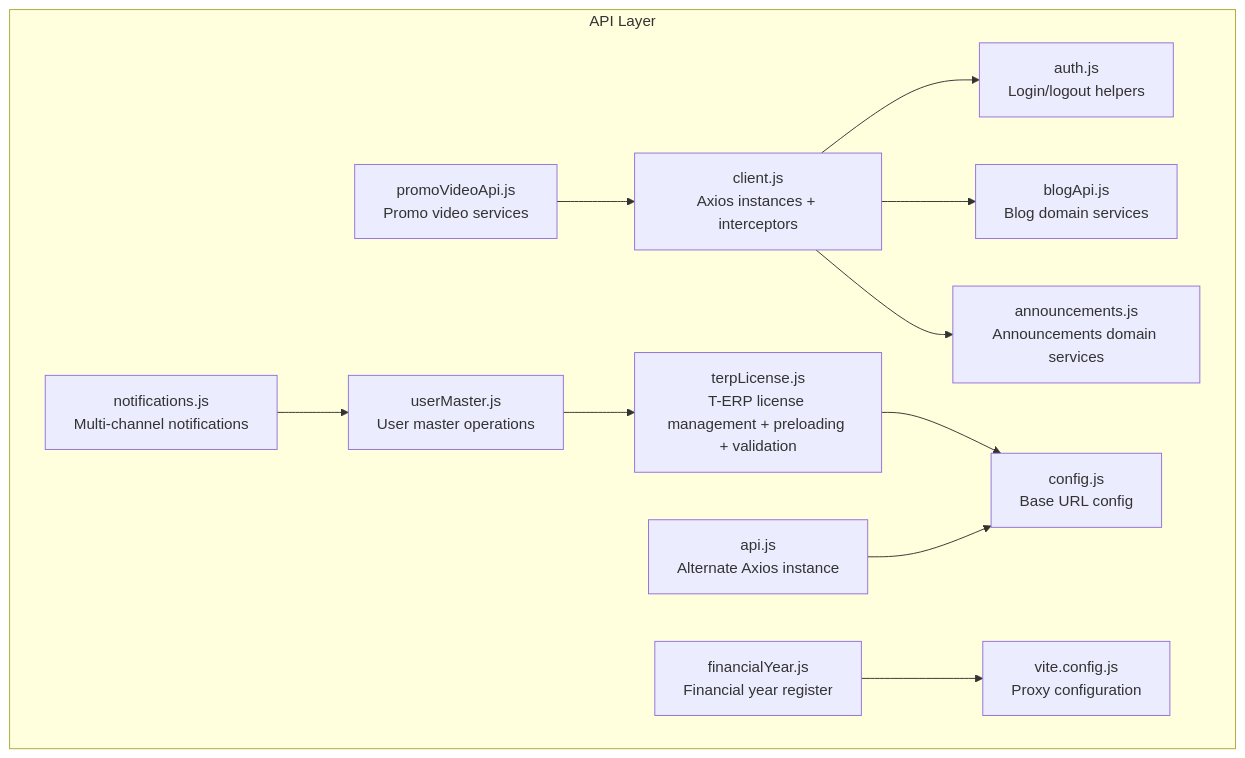
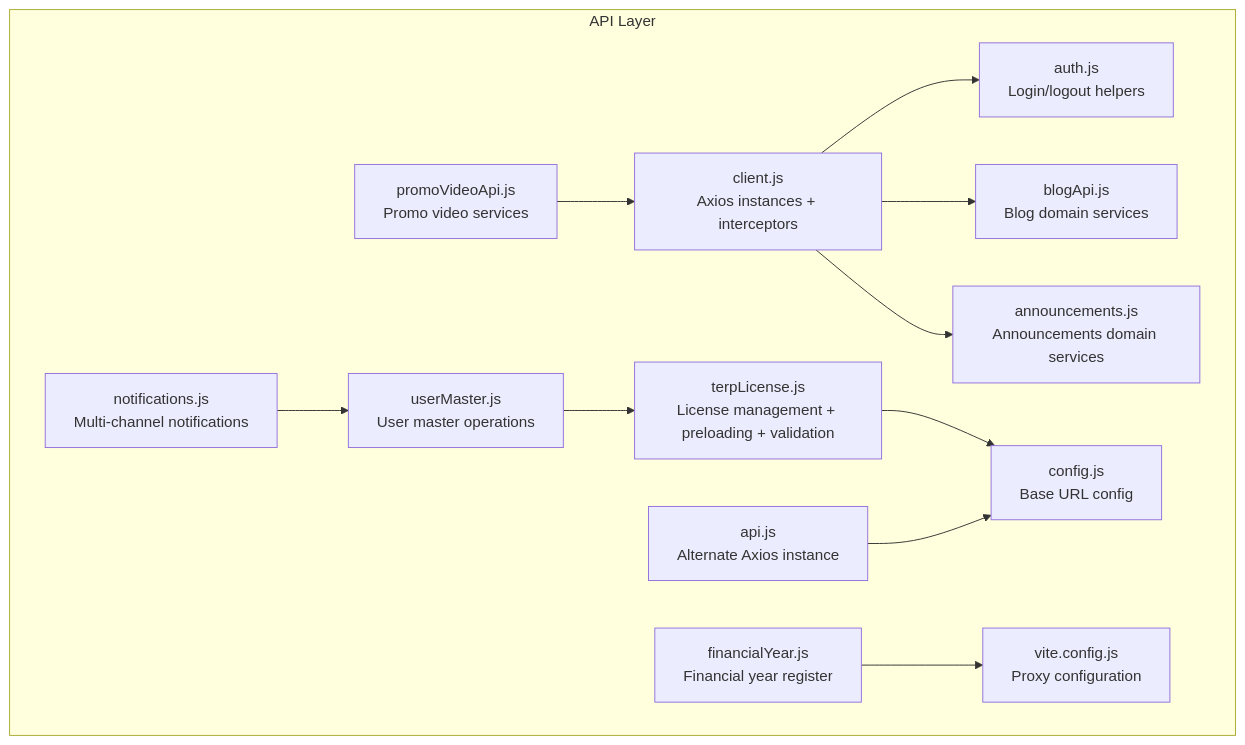
The first of 13 diagrams in .qoder/repowiki/en/content/Application Architecture/API Integration Patterns.md (imcbsglobal/TRELLISCO_ERP_FRONTEND), drawn with Mermaid before and after one commit. The commit also changed other lines of this file and 11 other files, not shown here.

````diff
--- a/.qoder/repowiki/en/content/Application Architecture/API Integration Patterns.md
+++ b/.qoder/repowiki/en/content/Application Architecture/API Integration Patterns.md
@@ -67,26 +66,26 @@
 ```mermaid
 graph TB
 subgraph "API Layer"
 Client["client.js<br/>Axios instances + interceptors"]
 ApiLegacy["api.js<br/>Alternate Axios instance"]
 Auth["auth.js<br/>Login/logout helpers"]
 Blog["blogApi.js<br/>Blog domain services"]
 Announcements["announcements.js<br/>Announcements domain services"]
 Promo["promoVideoApi.js<br/>Promo video services"]
-Terp["terpLicense.js<br/>T-ERP license management + preloading + validation"]
+Terp["terpLicense.js<br/>License management + preloading + validation"]
 UserMaster["userMaster.js<br/>User master operations"]
 Notifications["notifications.js<br/>Multi-channel notifications"]
 FinancialYear["financialYear.js<br/>Financial year register"]
 Config["config.js<br/>Base URL config"]
 ViteConfig["vite.config.js<br/>Proxy configuration"]
 end
 Client --> Auth
 Client --> Blog
 Client --> Announcements
 Promo --> Client
 Terp --> Config
 UserMaster --> Terp
 Notifications --> UserMaster
 FinancialYear --> ViteConfig
 ApiLegacy --> Config
 ```
````
